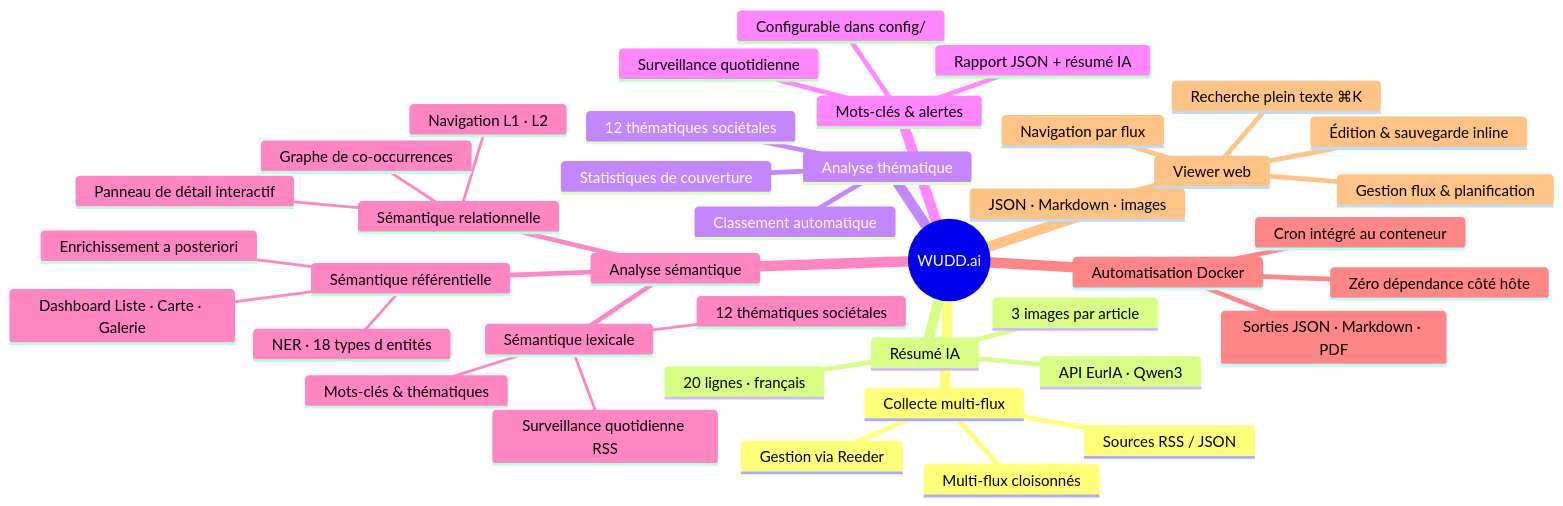
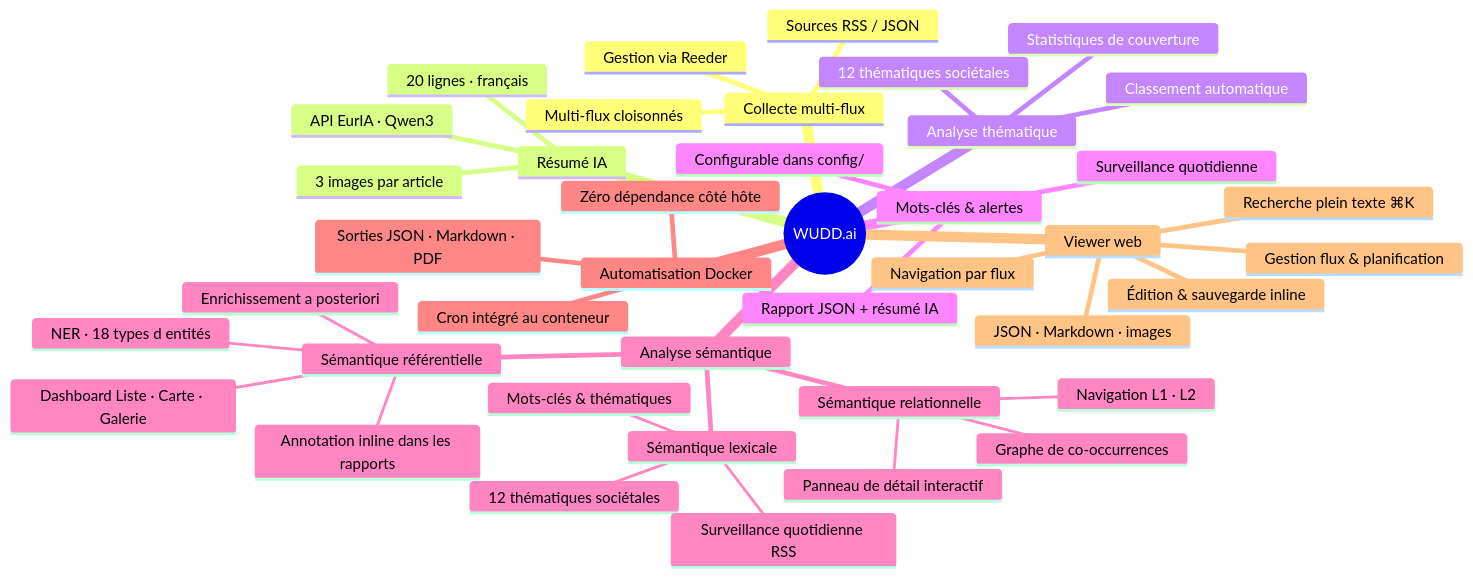
Before and after one commit to pat-the-geek/AnalyseActualites: the diagram in README.md, drawn with Mermaid. The commit also changed other lines of this file and 1 other file, not shown here.

First line of the commit message:
feat: annotation inline des entités nommées dans les rapports Markdown

````diff
--- a/README.md
+++ b/README.md
@@ -68,43 +70,44 @@
 ```mermaid
 mindmap
   root((WUDD.ai))
     Collecte multi-flux
       Sources RSS / JSON
       Gestion via Reeder
       Multi-flux cloisonnés
     Résumé IA
       API EurIA · Qwen3
       20 lignes · français
       3 images par article
     Analyse thématique
       12 thématiques sociétales
       Statistiques de couverture
       Classement automatique
     Mots-clés & alertes
       Surveillance quotidienne
       Rapport JSON + résumé IA
       Configurable dans config/
     Analyse sémantique
       Sémantique lexicale
         Mots-clés & thématiques
         12 thématiques sociétales
         Surveillance quotidienne RSS
       Sémantique référentielle
         NER · 18 types d entités
         Enrichissement a posteriori
         Dashboard Liste · Carte · Galerie
+        Annotation inline dans les rapports
       Sémantique relationnelle
         Graphe de co-occurrences
         Navigation L1 · L2
         Panneau de détail interactif
     Automatisation Docker
       Cron intégré au conteneur
       Sorties JSON · Markdown · PDF
       Zéro dépendance côté hôte
     Viewer web
       Navigation par flux
       JSON · Markdown · images
       Recherche plein texte ⌘K
       Édition & sauvegarde inline
       Gestion flux & planification
 ```
````
